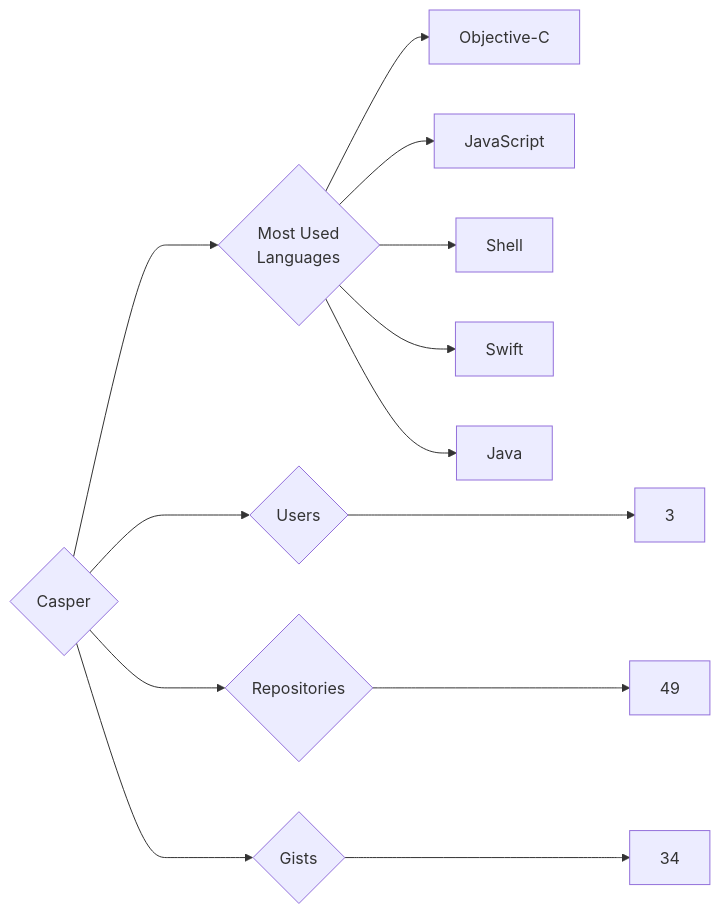
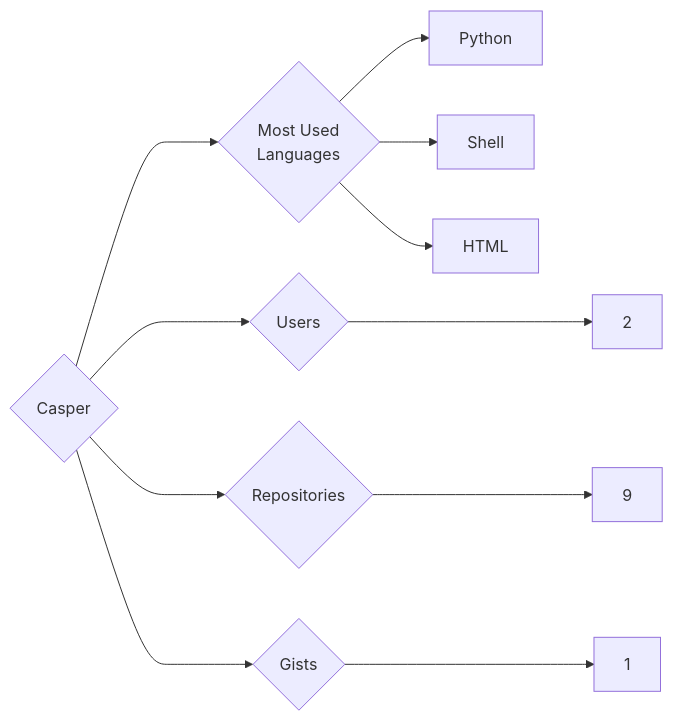
Before and after one commit to trickest/insiders: the diagram in targets/Casper/README.md, drawn with Mermaid. The commit also changed 1167 other files, not shown here.

````diff
--- a/targets/Casper/README.md
+++ b/targets/Casper/README.md
@@ -3,13 +3,11 @@
 ```mermaid
 graph LR
 COMPANY_NAME{Casper}
-COMPANY_NAME ---> U{Users} ---> UN[3]
-COMPANY_NAME ---> R{Repositories} ---> RN[49]
-COMPANY_NAME ---> G{Gists} ---> GN[34]
+COMPANY_NAME ---> U{Users} ---> UN[2]
+COMPANY_NAME ---> R{Repositories} ---> RN[9]
+COMPANY_NAME ---> G{Gists} ---> GN[1]
 COMPANY_NAME ---> ML{Most Used<br>Languages}
-ML --> Objective-C[Objective-C]
-ML --> JavaScript[JavaScript]
+ML --> Python[Python]
 ML --> Shell[Shell]
-ML --> Swift[Swift]
-ML --> Java[Java]
+ML --> HTML[HTML]
 ```
````
